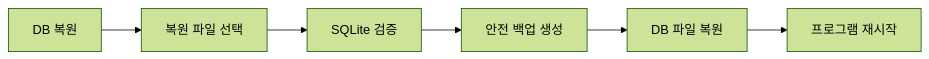
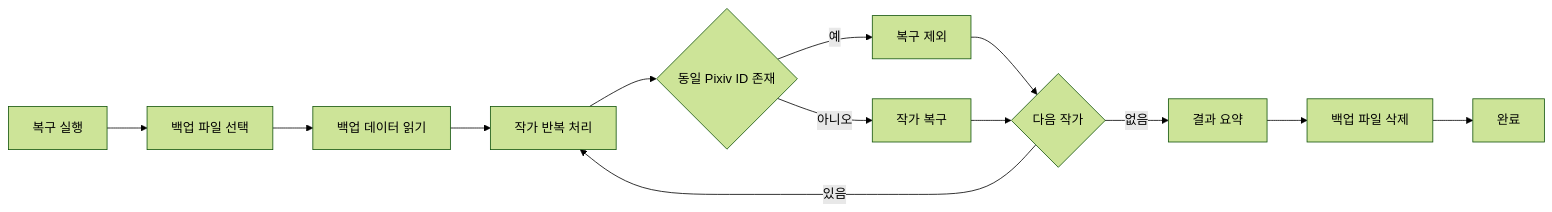
Before and after one commit to PKT0623/PixivLocalManager: the ninth of 12 diagrams in docs/03_SYSTEM_FLOW.md, drawn with Mermaid (forest theme). The commit also changed other lines of this file and 10 other files, not shown here.

````diff
--- a/docs/03_SYSTEM_FLOW.md
+++ b/docs/03_SYSTEM_FLOW.md
@@ -227,15 +191,25 @@
 ```mermaid
 flowchart LR
 
-A[DB 복원]
+A[복구 실행]
 
-A --> B[복원 파일 선택]
+A --> B[백업 파일 선택]
+B --> C[백업 데이터 읽기]
 
-B --> C[SQLite 검증]
+C --> D[작가 반복 처리]
 
-C --> D[안전 백업 생성]
+D --> E{동일 Pixiv ID 존재}
 
-D --> E[DB 파일 복원]
+E -->|예| F[복구 제외]
+E -->|아니오| G[작가 복구]
 
-E --> F[프로그램 재시작]
+F --> H{다음 작가}
+G --> H
+
+H -->|있음| D
+H -->|없음| I[결과 요약]
+
+I --> J[백업 파일 삭제]
+
+J --> K[완료]
 ```
````
